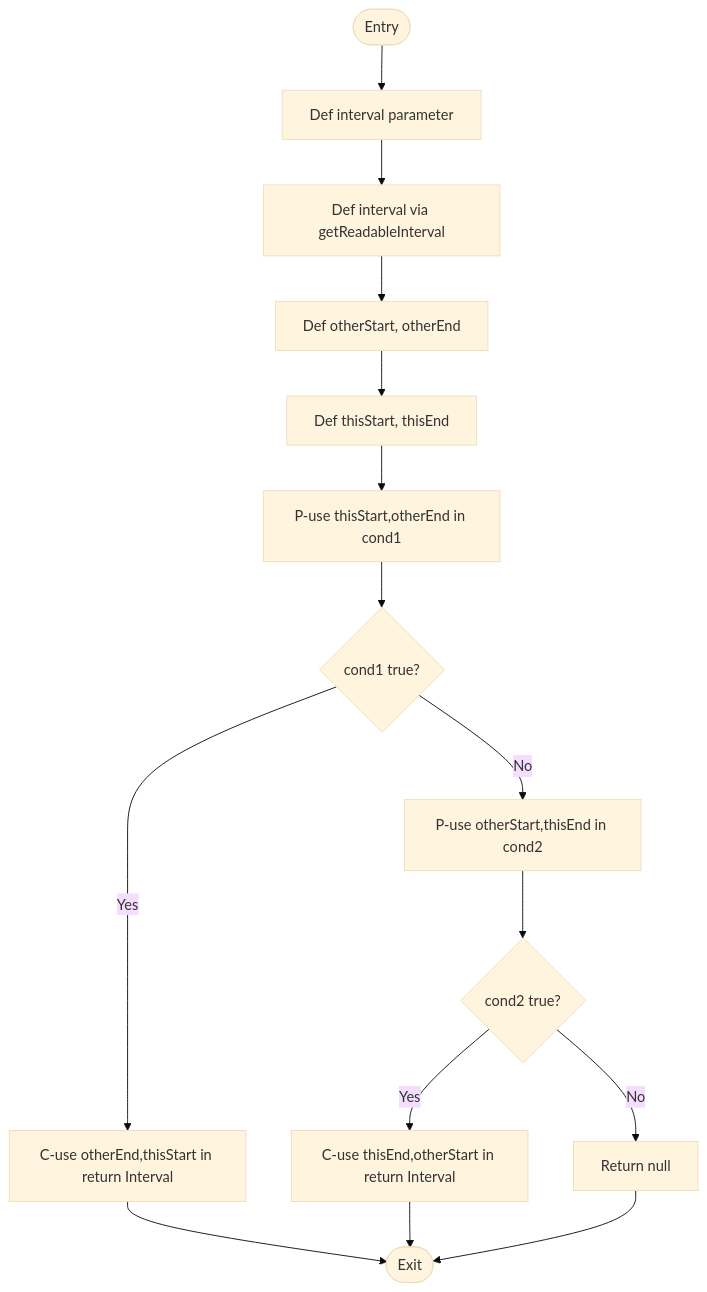
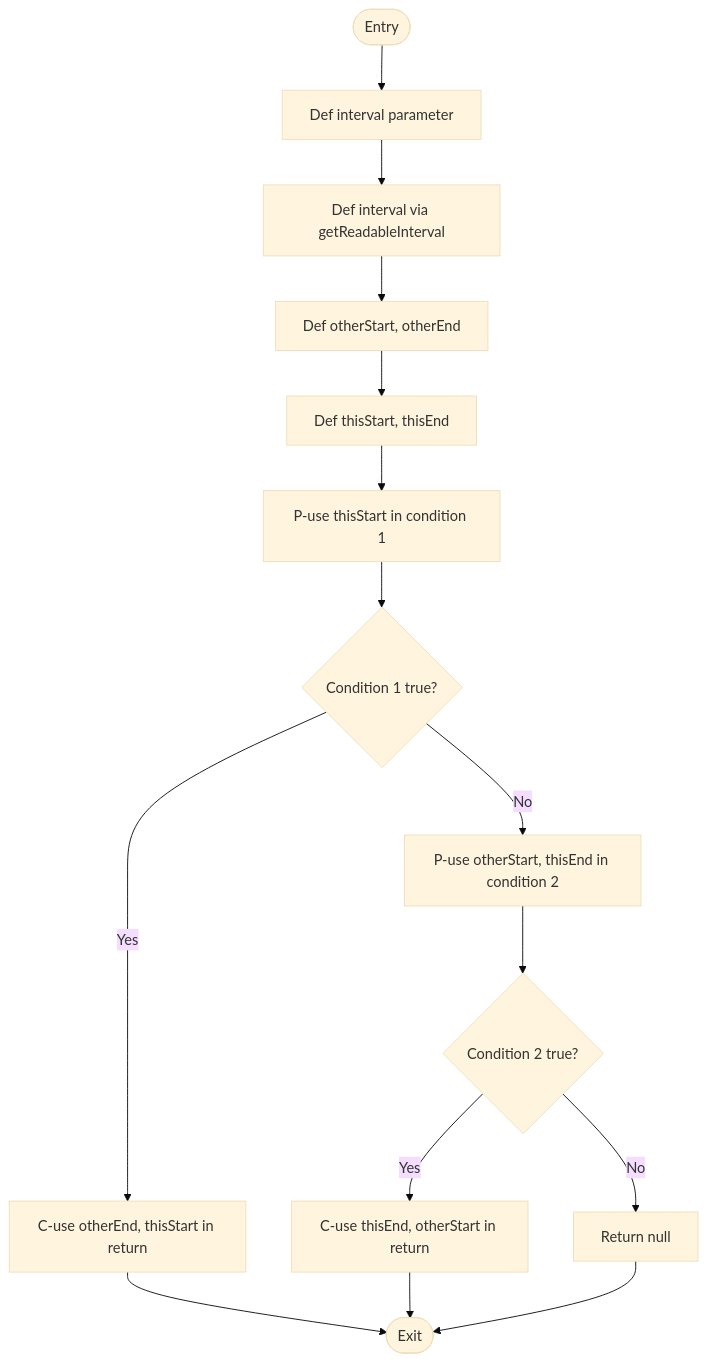
Before and after one commit to ArmanGrewal03/Java-Testing-Project: the diagram in diagrams/dfg_interval_gap.mmd, drawn with Mermaid (base theme). The commit also changed 5 other files, not shown here.

Commit message:
Update diagrams

```diff
--- a/diagrams/dfg_interval_gap.mmd
+++ b/diagrams/dfg_interval_gap.mmd
@@ -1,15 +1,15 @@
 flowchart TD
     A([Entry]) --> B[Def interval parameter]
     B --> C[Def interval via getReadableInterval]
     C --> D[Def otherStart, otherEnd]
     D --> E[Def thisStart, thisEnd]
-    E --> F[P-use thisStart,otherEnd in cond1]
-    F --> G{cond1 true?}
-    G -- Yes --> H[C-use otherEnd,thisStart in return Interval]
-    G -- No --> I[P-use otherStart,thisEnd in cond2]
-    I --> J{cond2 true?}
-    J -- Yes --> K[C-use thisEnd,otherStart in return Interval]
+    E --> F[P-use thisStart in condition 1]
+    F --> G{Condition 1 true?}
+    G -- Yes --> H[C-use otherEnd, thisStart in return]
+    G -- No --> I[P-use otherStart, thisEnd in condition 2]
+    I --> J{Condition 2 true?}
+    J -- Yes --> K[C-use thisEnd, otherStart in return]
     J -- No --> L[Return null]
     H --> M([Exit])
     K --> M
     L --> M
```
